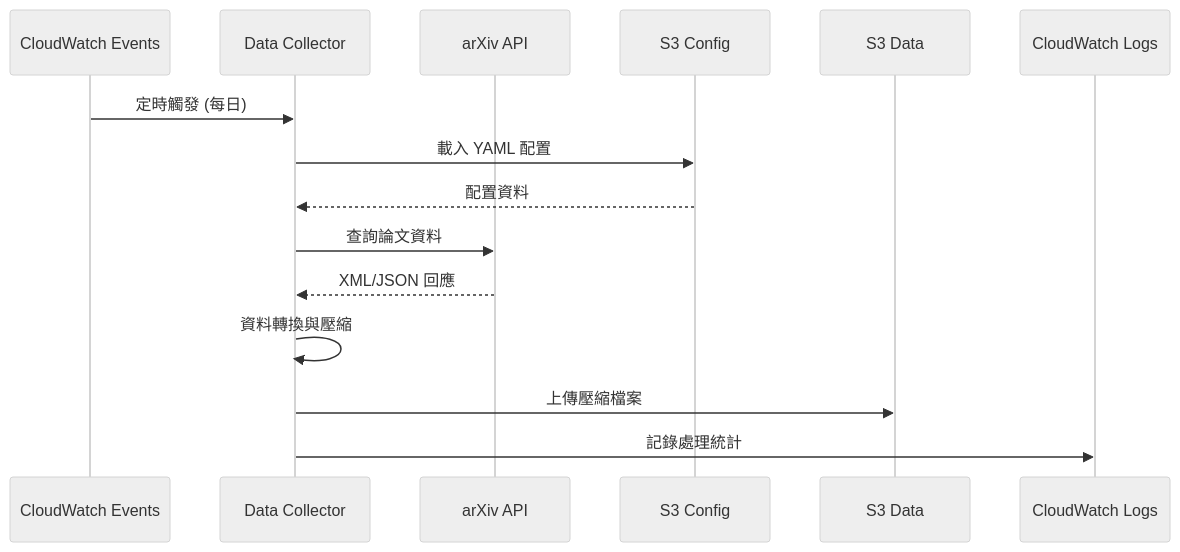
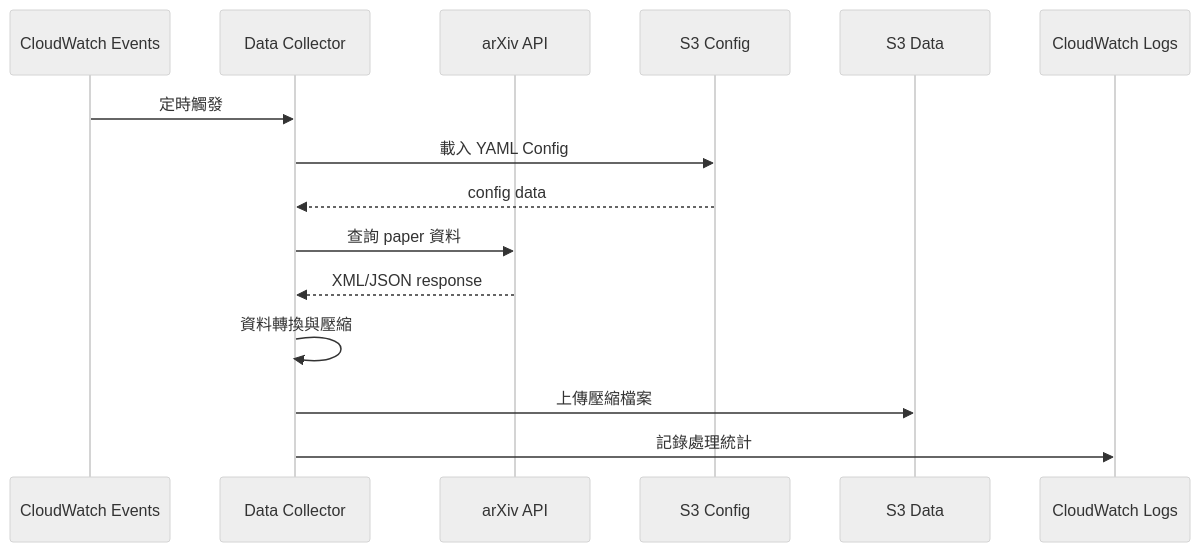
The second of 4 diagrams in README.md (JayWithBackPain/Paper_Pipeline_project), drawn with Mermaid (neutral theme) before and after one commit. The commit also changed other lines of this file and 11 other files, not shown here.

````diff
--- a/README.md
+++ b/README.md
@@ -56,18 +51,18 @@
 ```mermaid
 sequenceDiagram
     participant CW as CloudWatch Events
     participant DC as Data Collector
     participant API as arXiv API
     participant S3C as S3 Config
     participant S3D as S3 Data
     participant CWL as CloudWatch Logs
 
-    CW->>DC: 定時觸發 (每日)
-    DC->>S3C: 載入 YAML 配置
-    S3C-->>DC: 配置資料
-    DC->>API: 查詢論文資料
-    API-->>DC: XML/JSON 回應
+    CW->>DC: 定時觸發
+    DC->>S3C: 載入 YAML Config
+    S3C-->>DC: config data
+    DC->>API: 查詢 paper 資料
+    API-->>DC: XML/JSON response
     DC->>DC: 資料轉換與壓縮
     DC->>S3D: 上傳壓縮檔案
     DC->>CWL: 記錄處理統計
 ```
````
